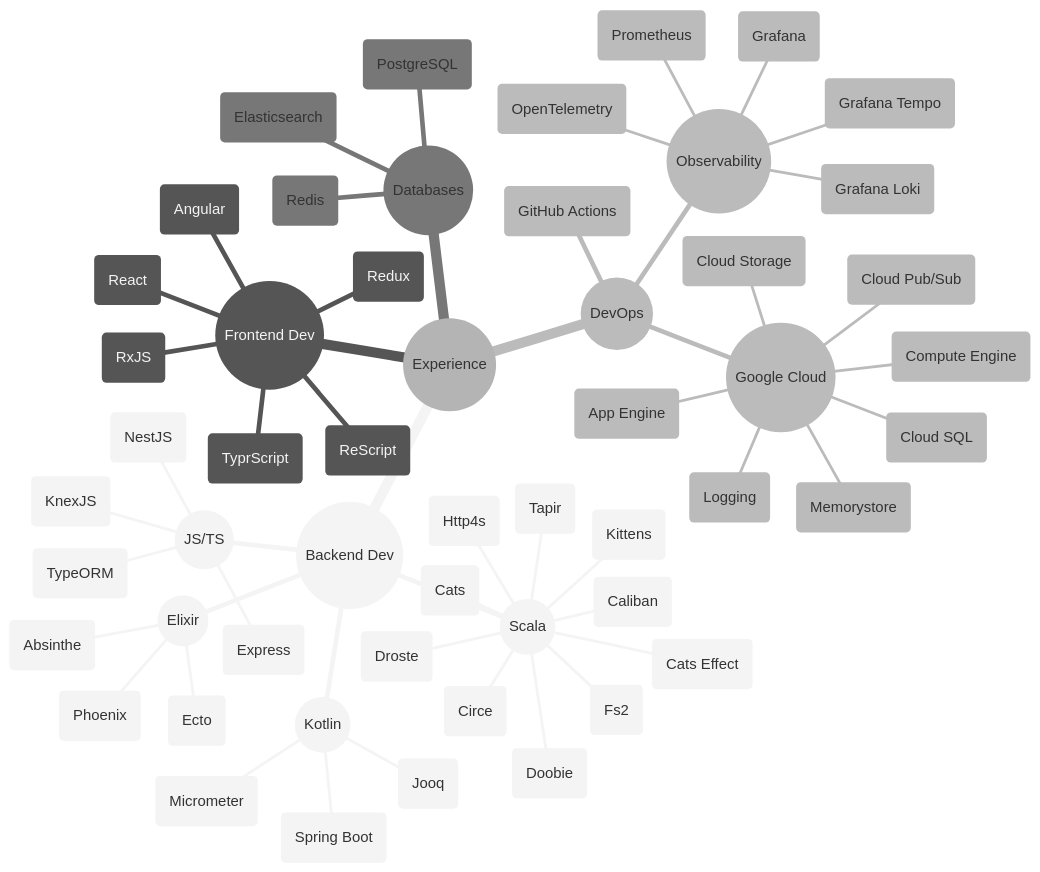
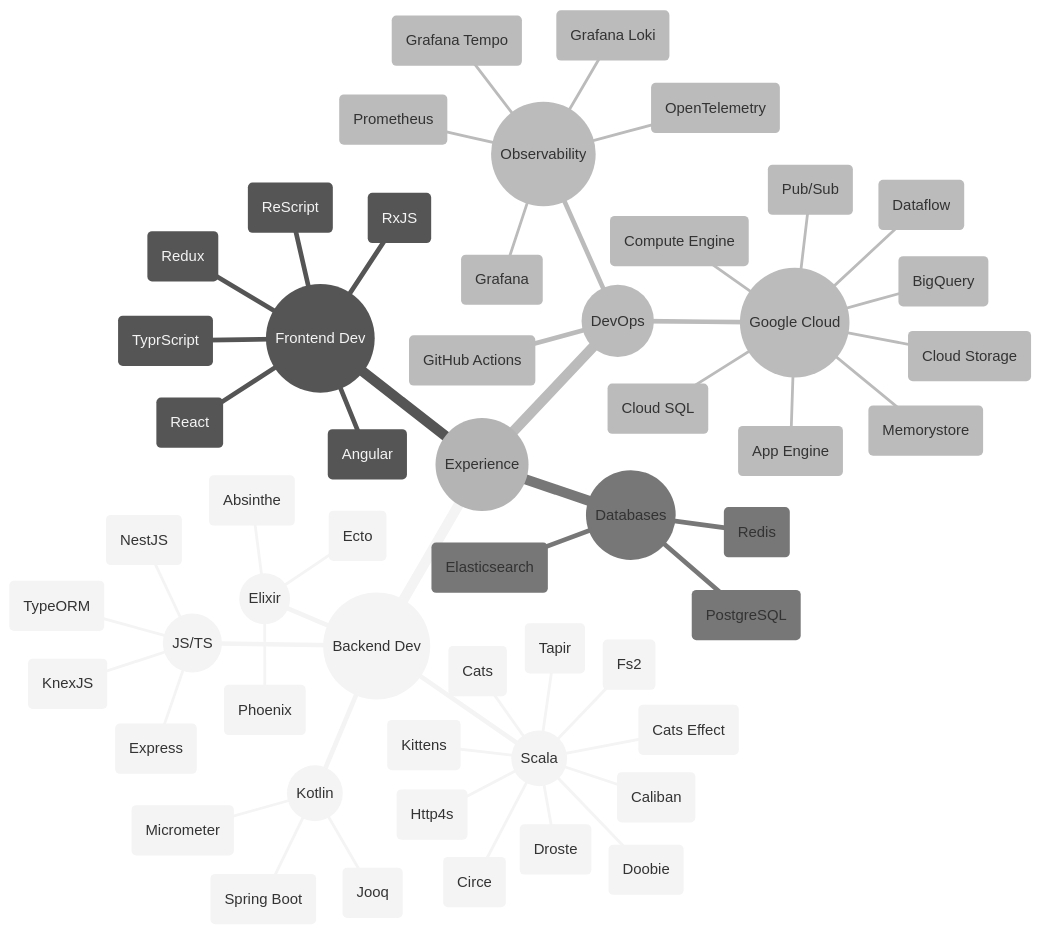
One commit to m-tabaza/Tabzz98 changed the first of 2 diagrams in README.md. Above: the diagram before and after it, drawn with Mermaid (neutral theme).

````diff
--- a/README.md
+++ b/README.md
@@ -21,64 +21,65 @@
 ```mermaid
 mindmap
   root((Experience))
     ((Backend Dev))
       ((Scala))
         (Cats)
         (Cats Effect)
         (Kittens)
         (Droste)
         (Http4s)
         (Doobie)
         (Tapir)
         (Fs2)
         (Caliban)
         (Circe)
 
       ((Kotlin))
         (Spring Boot)
         (Micrometer)
         (Jooq)
   
       ((Elixir))
         (Ecto)
         (Absinthe)
         (Phoenix)
   
       ((JS/TS))
         (Express)
         (NestJS)
         (TypeORM)
         (KnexJS)
       
     ((Frontend Dev))
       (React)
       (Redux)
       (RxJS)
       (Angular)
       (TyprScript)
       (ReScript)
       
     ((DevOps))
       (GitHub Actions)
 
       ((Observability))
         (OpenTelemetry)
         (Grafana)
         (Grafana Tempo)
         (Grafana Loki)
         (Prometheus)
 
       ((Google Cloud))
         (App Engine)
         (Compute Engine)
         (Cloud SQL)
         (Memorystore)
-        (Cloud Pub/Sub)
-        (Logging)
+        (Pub/Sub)
         (Cloud Storage)
+        (Dataflow)
+        (BigQuery)
 
     ((Databases))
       (PostgreSQL)
       (Redis)
       (Elasticsearch)
 ```
````
